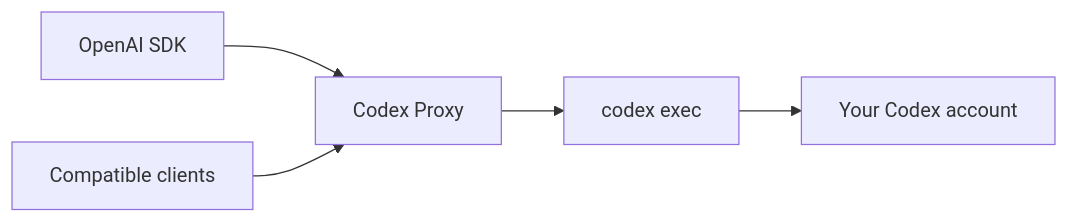
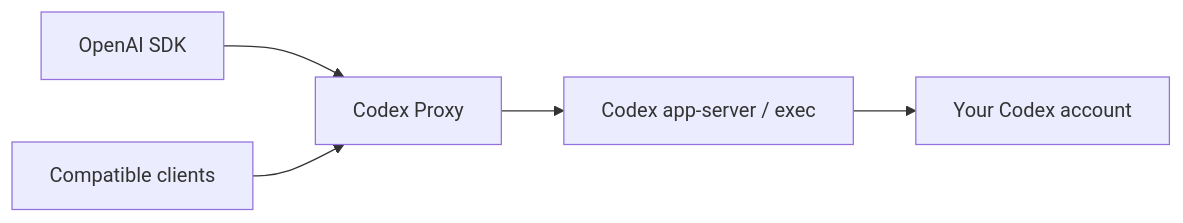
One commit to djdevpro/codex-proxy changed the diagram in README.md. Above: the diagram before and after it, drawn with Mermaid. The commit also changed other lines of this file and 7 other files, not shown here.

Commit message:
Stream public commentary and real answer deltas through Codex app-server

````diff
--- a/README.md
+++ b/README.md
@@ -39,7 +39,7 @@
 ```mermaid
 flowchart LR
     A["OpenAI SDK"] --> P["Codex Proxy"]
     B["Compatible clients"] --> P
-    P --> C["codex exec"]
+    P --> C["Codex app-server / exec"]
     C --> O["Your Codex account"]
 ```
````
